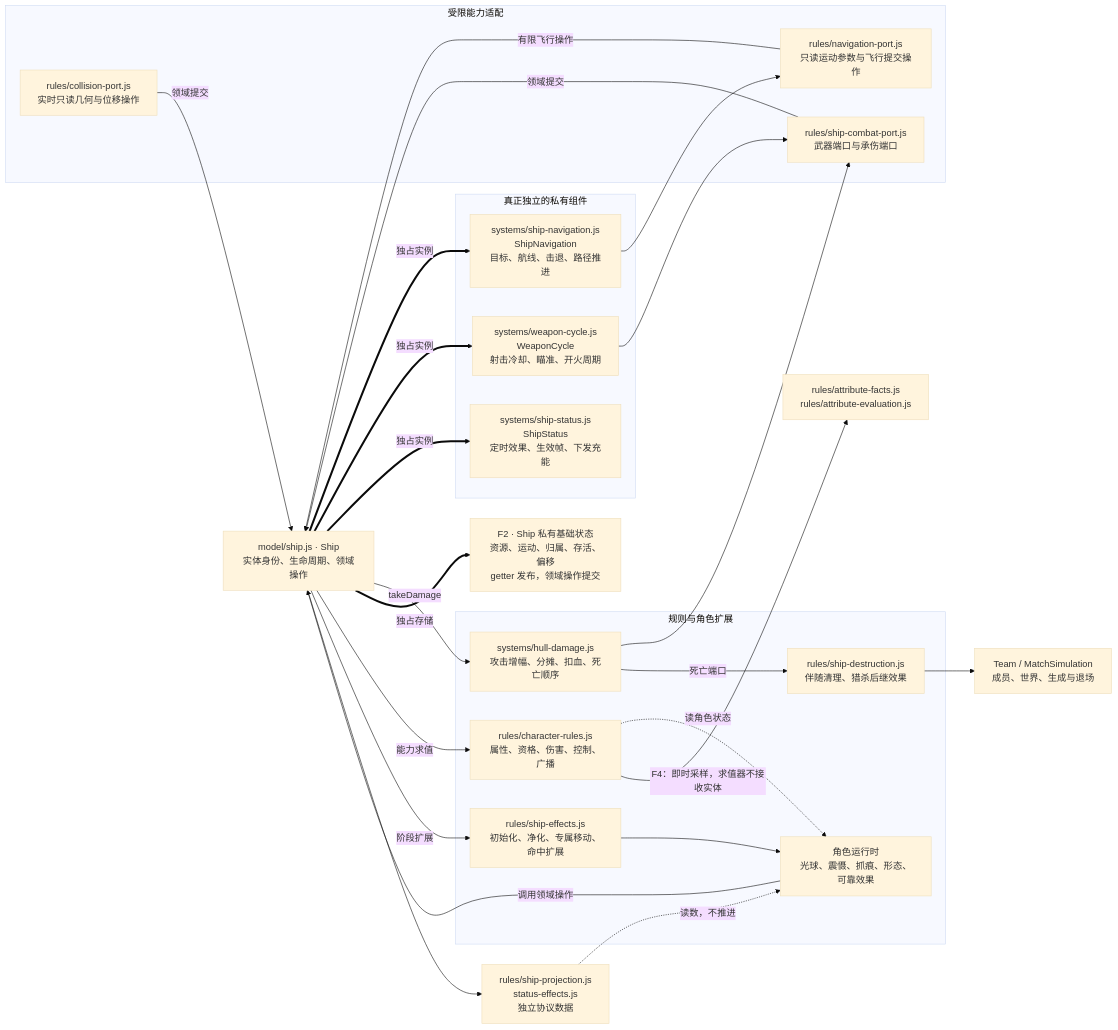
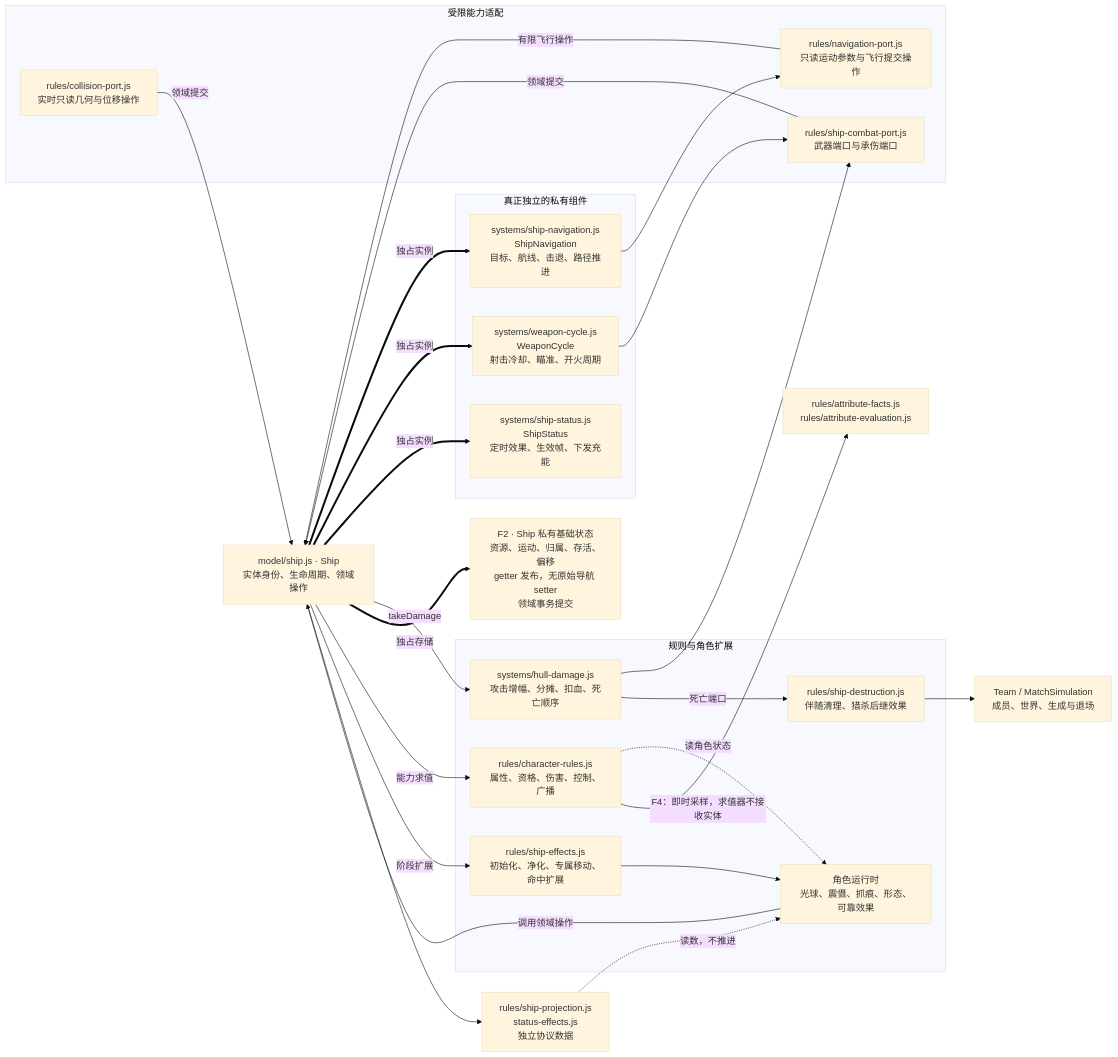
Before and after one commit to Haruhi-Labs/TDOS: the second of 8 diagrams in docs/architecture-map.md, drawn with Mermaid (base theme). The commit also changed other lines of this file and 4 other files, not shown here.

Commit message:
docs(architecture): 更新角色调用链复查与验收证据

````diff
--- a/docs/architecture-map.md
+++ b/docs/architecture-map.md
@@ -84,43 +84,43 @@
 ```mermaid
 flowchart LR
   S["model/ship.js · Ship<br/>实体身份、生命周期、领域操作"]
   subgraph owned[真正独立的私有组件]
     N["systems/ship-navigation.js<br/>ShipNavigation<br/>目标、航线、击退、路径推进"]
     W["systems/weapon-cycle.js<br/>WeaponCycle<br/>射击冷却、瞄准、开火周期"]
     ST["systems/ship-status.js<br/>ShipStatus<br/>定时效果、生效帧、下发充能"]
   end
   subgraph ports[受限能力适配]
     NP["rules/navigation-port.js<br/>只读运动参数与飞行提交操作"]
     CP["rules/ship-combat-port.js<br/>武器端口与承伤端口"]
     COL["rules/collision-port.js<br/>实时只读几何与位移操作"]
   end
   subgraph rules[规则与角色扩展]
     HD["systems/hull-damage.js<br/>攻击增幅、分摊、扣血、死亡顺序"]
     CR["rules/character-rules.js<br/>属性、资格、伤害、控制、广播"]
     SE["rules/ship-effects.js<br/>初始化、净化、专属移动、命中扩展"]
     DEST["rules/ship-destruction.js<br/>伴随清理、猎杀后继效果"]
     ROLE["角色运行时<br/>光球、震慑、抓痕、形态、可靠效果"]
   end
-  PUB["F2 · Ship 私有基础状态<br/>资源、运动、归属、存活、偏移<br/>getter 发布，领域操作提交"]
+  PUB["F2 · Ship 私有基础状态<br/>资源、运动、归属、存活、偏移<br/>getter 发布，无原始导航 setter<br/>领域事务提交"]
   PROJ["rules/ship-projection.js<br/>status-effects.js<br/>独立协议数据"]
   TEAM["Team / MatchSimulation<br/>成员、世界、生成与退场"]
   S ==>|独占实例| N & W & ST
   N --> NP
   NP -->|有限飞行操作| S
   W --> CP
   S -->|takeDamage| HD
   HD --> CP
   CP -->|领域提交| S
   COL -->|领域提交| S
   S ==>|独占存储| PUB
   S -->|能力求值| CR
   S -->|阶段扩展| SE
   SE --> ROLE
   CR -.->|读角色状态| ROLE
   CR -->|F4：即时采样，求值器不接收实体| FACTS["rules/attribute-facts.js<br/>rules/attribute-evaluation.js"]
   ROLE -->|调用领域操作| S
   HD -->|死亡端口| DEST
   DEST --> TEAM
   S --> PROJ
   PROJ -.->|读数，不推进| ROLE
 ```
````
